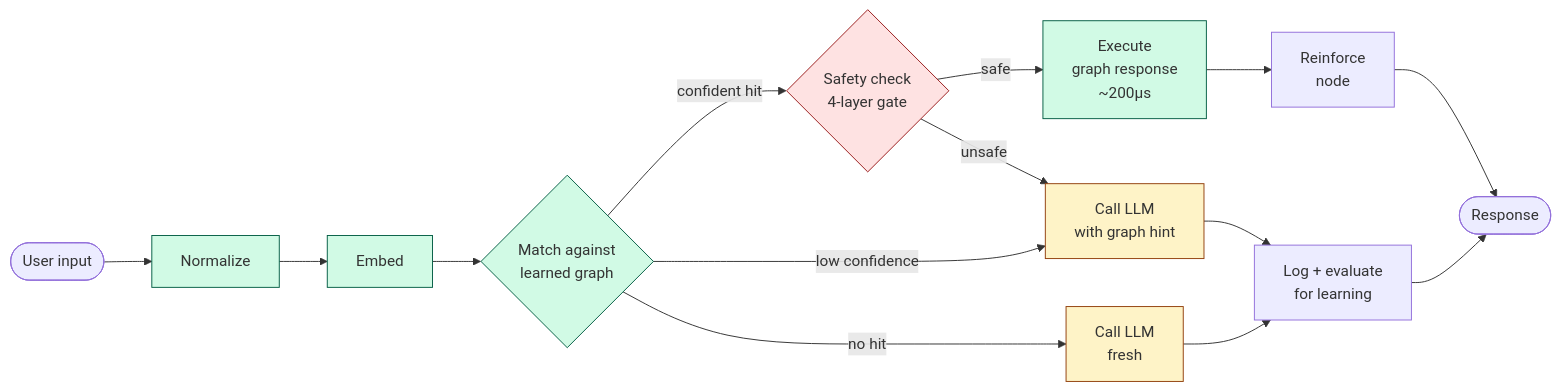
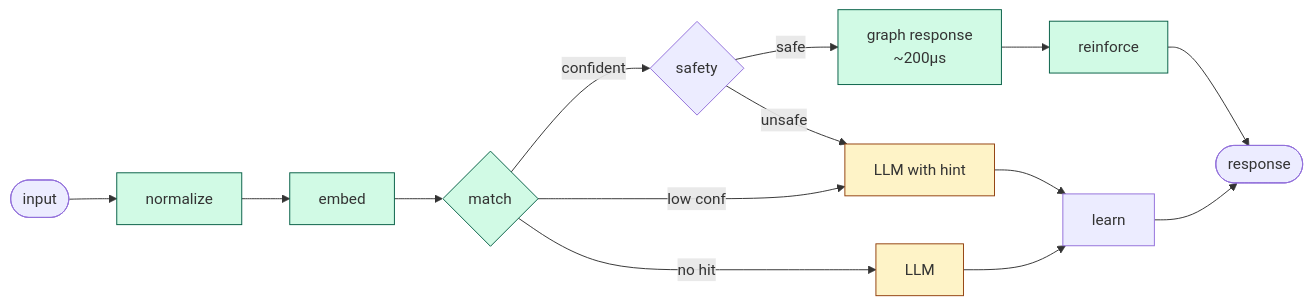
One commit to ibrahim-bayer/cognigraph-ai changed the first of 2 diagrams in README.md. Above: the diagram before and after it, drawn with Mermaid. The commit also changed other lines of this file and 1 other file, not shown here.

First line of the commit message:
Reframe pitch: cognitive runtime, not coordination layer

````diff
--- a/README.md
+++ b/README.md
@@ -28,23 +54,15 @@
 ```mermaid
 flowchart LR
-    Input([User input]) --> Norm[Normalize]
-    Norm --> Embed[Embed]
-    Embed --> Match{Match against<br/>learned graph}
-    Match -->|confident hit| Safety{Safety check<br/>4-layer gate}
-    Match -->|low confidence| LLM[Call LLM<br/>with graph hint]
-    Match -->|no hit| LLMOnly[Call LLM<br/>fresh]
-    Safety -->|safe| Exec[Execute<br/>graph response<br/>~200μs]
-    Safety -->|unsafe| LLM
-    Exec --> Reinforce[Reinforce<br/>node]
-    LLM --> Learn[Log + evaluate<br/>for learning]
-    LLMOnly --> Learn
-    Reinforce --> Out([Response])
-    Learn --> Out
+  In([input]) --> N[normalize] --> E[embed] --> M{match}
+  M -->|confident| S{safety} -->|safe| G[graph response<br/>~200μs] --> R[reinforce] --> Out([response])
+  M -->|low conf| L[LLM with hint]
+  M -->|no hit| L0[LLM]
+  S -->|unsafe| L
+  L --> LRN[learn] --> Out
+  L0 --> LRN
 
-    classDef fast fill:#d1fae5,stroke:#065f46
-    classDef slow fill:#fef3c7,stroke:#92400e
-    classDef gate fill:#fee2e2,stroke:#991b1b
-    class Exec,Match,Embed,Norm fast
-    class LLM,LLMOnly slow
-    class Safety gate
+  classDef fast fill:#d1fae5,stroke:#065f46
+  classDef slow fill:#fef3c7,stroke:#92400e
+  class G,M,E,N,R fast
+  class L,L0 slow
 ```
````
